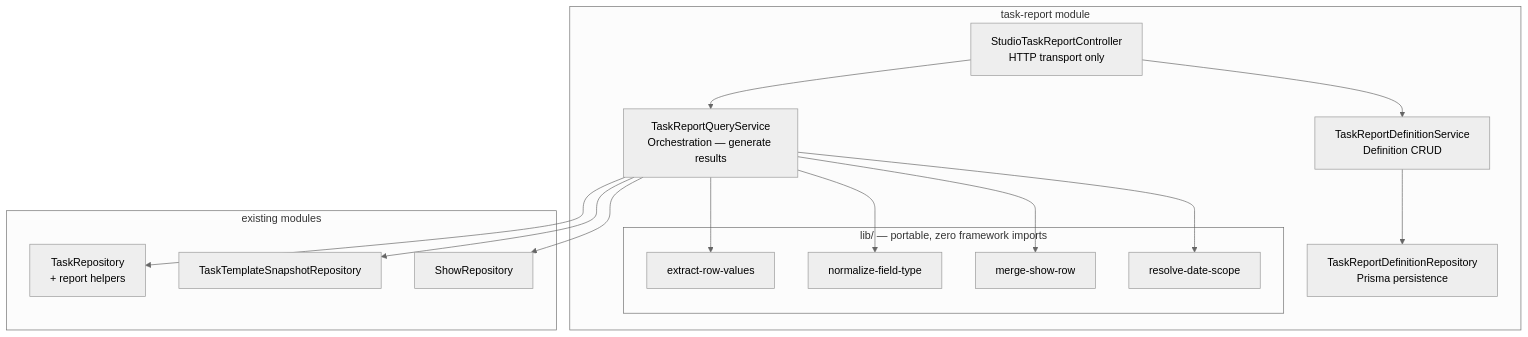
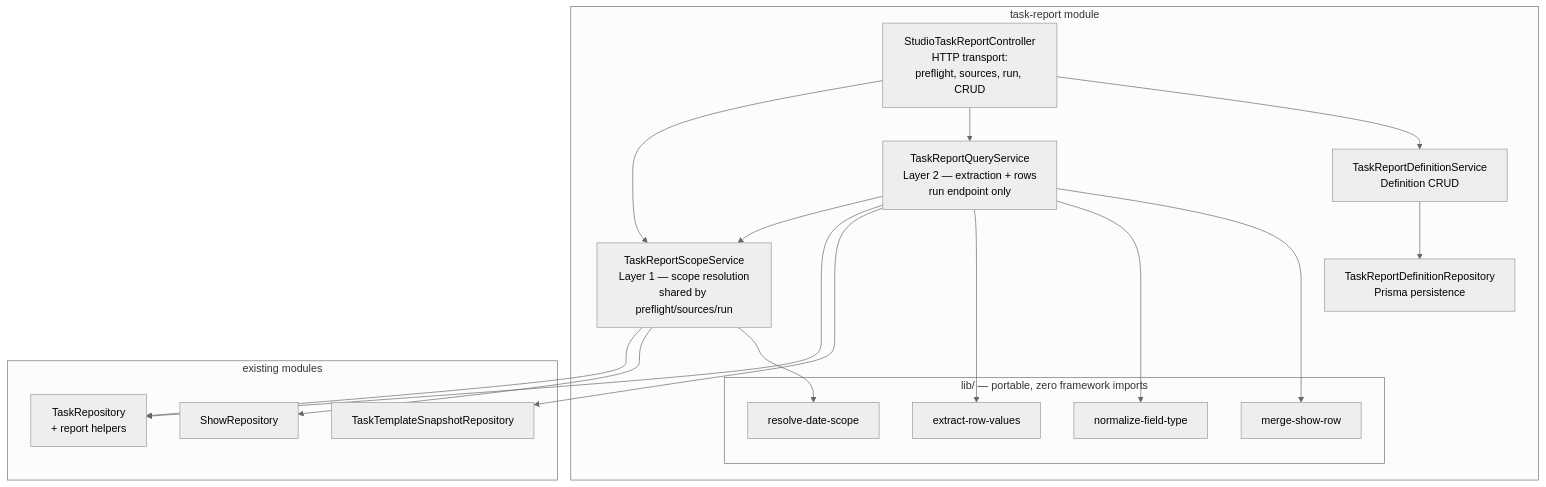
One commit to allenlin90/eridu-services changed the fourth of 4 diagrams in apps/erify_api/docs/design/TASK_SUBMISSION_REPORTING_DESIGN.md. Above: the diagram before and after it, drawn with Mermaid (neutral theme). The commit also changed other lines of this file and 2 other files, not shown here.

First line of the commit message:
docs(task-submission-reporting): add shared metrics management and refine design

````diff
--- a/apps/erify_api/docs/design/TASK_SUBMISSION_REPORTING_DESIGN.md
+++ b/apps/erify_api/docs/design/TASK_SUBMISSION_REPORTING_DESIGN.md
@@ -720,32 +906,36 @@
 ```mermaid
 graph TB
     subgraph "task-report module"
-        Ctrl[StudioTaskReportController<br/>HTTP transport only]
-        QS[TaskReportQueryService<br/>Orchestration — generate results]
+        Ctrl[StudioTaskReportController<br/>HTTP transport:<br/>preflight, sources, run, CRUD]
+        SS[TaskReportScopeService<br/>Layer 1 — scope resolution<br/>shared by preflight/sources/run]
+        QS[TaskReportQueryService<br/>Layer 2 — extraction + rows<br/>run endpoint only]
         DS[TaskReportDefinitionService<br/>Definition CRUD]
         DR[TaskReportDefinitionRepository<br/>Prisma persistence]
         subgraph "lib/ — portable, zero framework imports"
             ERV[extract-row-values]
             NFT[normalize-field-type]
             MSR[merge-show-row]
             RDS[resolve-date-scope]
         end
     end
 
     subgraph "existing modules"
         TaskRepo[TaskRepository<br/>+ report helpers]
         SnapshotRepo[TaskTemplateSnapshotRepository]
         ShowRepo[ShowRepository]
     end
 
+    Ctrl --> SS
     Ctrl --> QS
     Ctrl --> DS
     DS --> DR
+    SS --> TaskRepo
+    SS --> ShowRepo
+    QS --> SS
     QS --> TaskRepo
     QS --> SnapshotRepo
-    QS --> ShowRepo
     QS --> ERV
     QS --> NFT
     QS --> MSR
-    QS --> RDS
+    SS --> RDS
 ```
````
